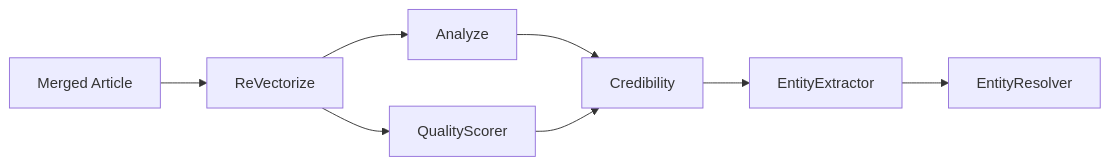
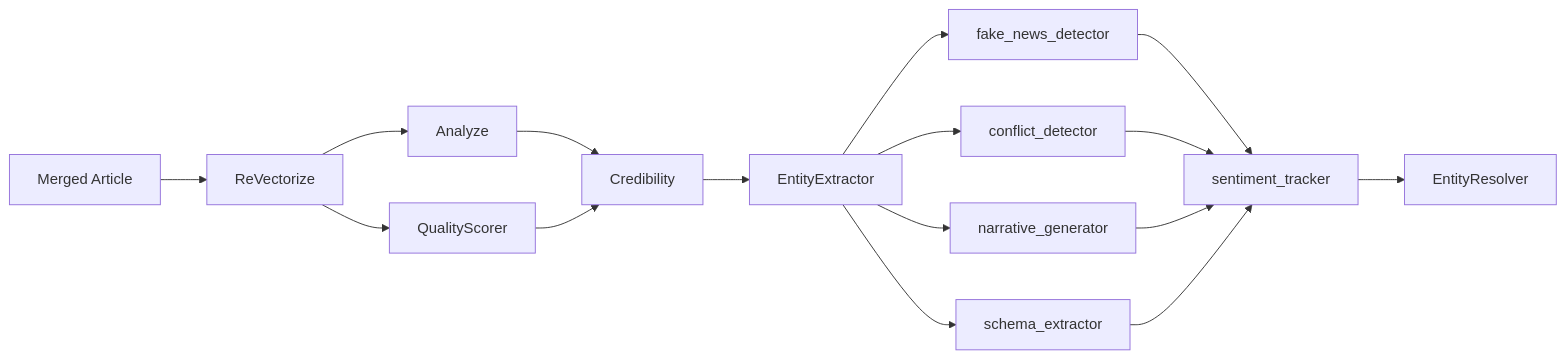
One commit to Kirky-X/weaver changed the third of 3 diagrams in README.md. Above: the diagram before and after it, drawn with Mermaid. The commit also changed other lines of this file and 3 other files, not shown here.

````diff
--- a/README.md
+++ b/README.md
@@ -605,10 +609,18 @@
 ```mermaid
 flowchart LR
     A[Merged Article] --> B[ReVectorize]
     B --> C[Analyze]
     B --> D[QualityScorer]
     C --> E[Credibility]
     D --> E
     E --> F[EntityExtractor]
-    F --> G[EntityResolver]
+    F --> G[fake_news_detector]
+    F --> H[conflict_detector]
+    F --> I[narrative_generator]
+    F --> J[schema_extractor]
+    G --> K[sentiment_tracker]
+    H --> K
+    I --> K
+    J --> K
+    K --> L[EntityResolver]
 ```
````
